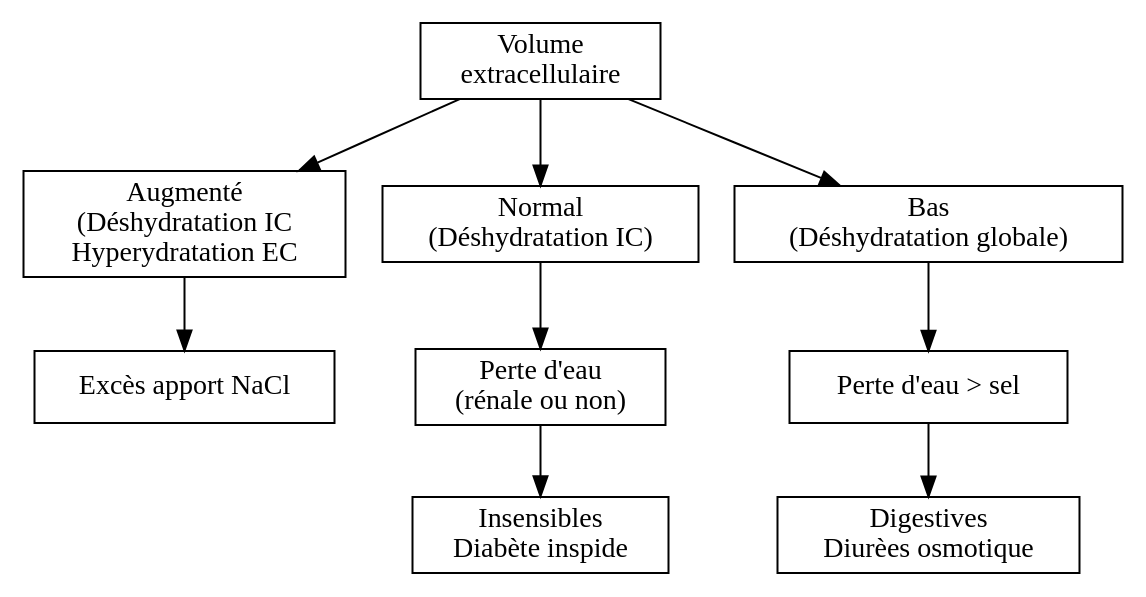
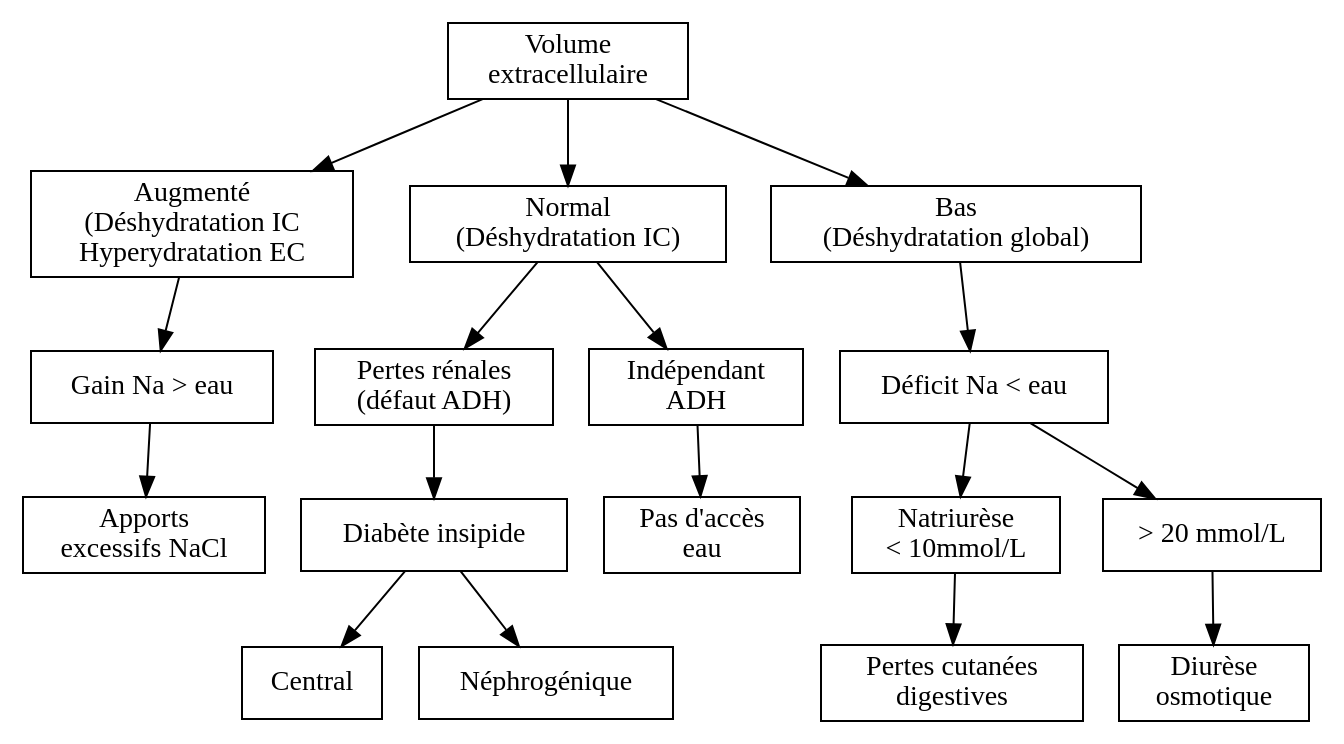
The diagram in notes/20240804T124423--natrémie__biochimie_néphro.org (apraga/notes), drawn with Graphviz before and after one commit. The commit also changed other lines of this file and 2 other files, not shown here.

```diff
--- a/notes/20240804T124423--natrémie__biochimie_néphro.org
+++ b/notes/20240804T124423--natrémie__biochimie_néphro.org
@@ -125,13 +125,19 @@
 #+BEGIN_SRC dot :file images/hypernatremie.png :exports results
 digraph {
 node[shape=box];
+ADH[label="Pertes rénales\n(défaut ADH)"];
+noADH[label="Indépendant\nADH"];
 vec -> {vecA; vecN; vecB};
-vecA -> "Excès apport NaCl";
-vecN -> "Perte d'eau\n(rénale ou non)" -> "Insensibles\nDiabète inspide";
-vecB -> "Perte d'eau > sel" -> "Digestives\nDiurèes osmotique";
+vecB -> "Déficit Na < eau" -> {"Natriurèse\n< 10mmol/L"; "> 20 mmol/L"};
+vecN -> {noADH; ADH};
+ADH -> "Diabète insipide" -> {Central ; Néphrogénique};
+noADH -> "Pas d'accès\n eau"
+vecA -> "Gain Na > eau" -> "Apports\nexcessifs NaCl"
+"Natriurèse\n< 10mmol/L" -> "Pertes cutanées\ndigestives";
+"> 20 mmol/L" -> "Diurèse\n osmotique";
 vec[label="Volume\nextracellulaire"];
 vecA[label="Augmenté\n(Déshydratation IC\nHyperydratation EC"];
 vecN[label="Normal\n(Déshydratation IC)"];
-vecB[label="Bas\n(Déshydratation globale)"];
+vecB[label="Bas\n(Déshydratation global)"];
 }
 #+END_SRC
```
